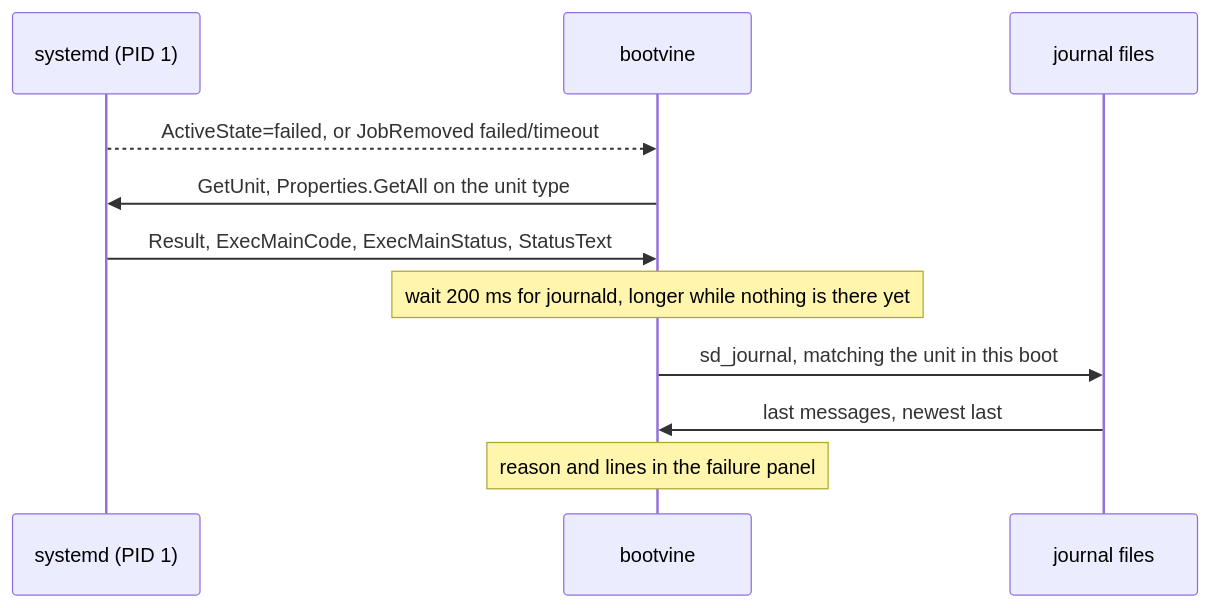
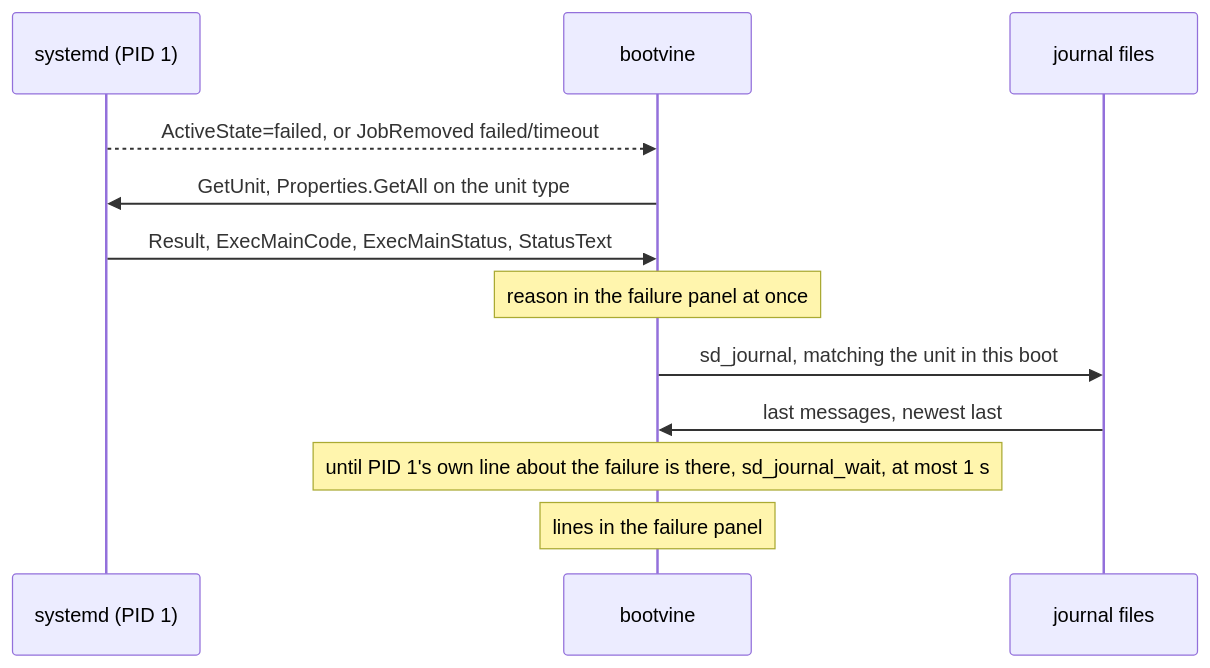
Before and after one commit to gentoo-zh-drafts/bootvine: the fifth of 6 diagrams in docs/architecture.md, drawn with Mermaid. The commit also changed other lines of this file and 53 other files, not shown here.

````diff
--- a/docs/architecture.md
+++ b/docs/architecture.md
@@ -167,14 +167,15 @@
 ```mermaid
 sequenceDiagram
     participant PID1 as systemd (PID 1)
     participant Bootvine as bootvine
     participant Journal as journal files
 
     PID1-->>Bootvine: ActiveState=failed, or JobRemoved failed/timeout
     Bootvine->>PID1: GetUnit, Properties.GetAll on the unit type
     PID1->>Bootvine: Result, ExecMainCode, ExecMainStatus, StatusText
-    Note over Bootvine: wait 200 ms for journald, longer while nothing is there yet
+    Note over Bootvine: reason in the failure panel at once
     Bootvine->>Journal: sd_journal, matching the unit in this boot
     Journal->>Bootvine: last messages, newest last
-    Note over Bootvine: reason and lines in the failure panel
+    Note over Bootvine: until PID 1's own line about the failure is there, sd_journal_wait, at most 1 s
+    Note over Bootvine: lines in the failure panel
 ```
````
